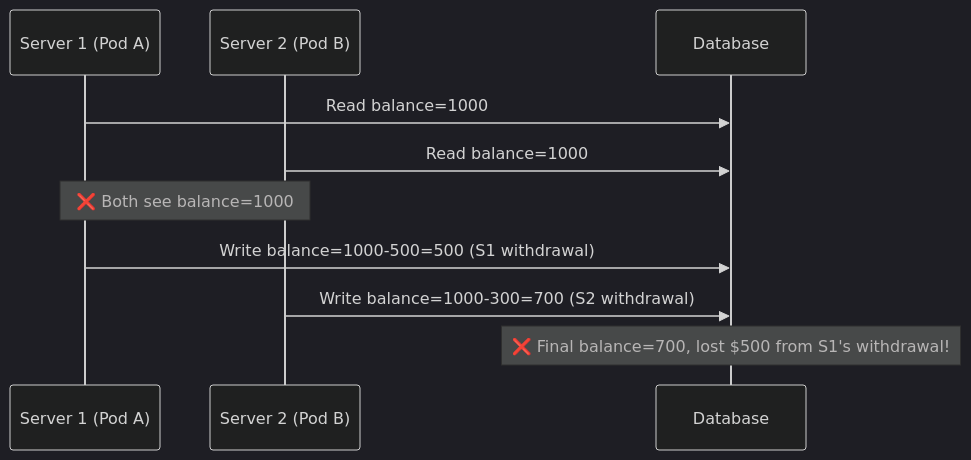
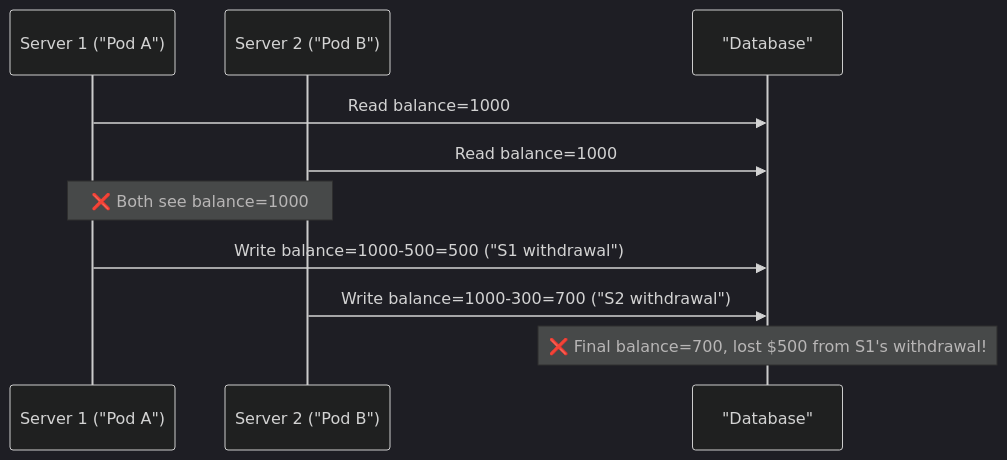
Before and after one commit to vesviet/vesviet: the first of 2 diagrams in content/series/system-design/06-distributed-locks-concurrency.md, drawn with Mermaid (dark theme). The commit also changed other lines of this file and 331 other files, not shown here.

````diff
--- a/content/series/system-design/06-distributed-locks-concurrency.md
+++ b/content/series/system-design/06-distributed-locks-concurrency.md
@@ -47,15 +50,15 @@
 ```mermaid
 sequenceDiagram
-    participant S1 as Server 1 (Pod A)
-    participant S2 as Server 2 (Pod B)
-    participant DB as Database
+    participant S1 as Server 1 ("Pod A")
+    participant S2 as Server 2 ("Pod B")
+    participant DB as "Database"
 
     S1->>DB: Read balance=1000
     S2->>DB: Read balance=1000
     Note over S1,S2: ❌ Both see balance=1000
 
-    S1->>DB: Write balance=1000-500=500 (S1 withdrawal)
-    S2->>DB: Write balance=1000-300=700 (S2 withdrawal)
+    S1->>DB: Write balance=1000-500=500 ("S1 withdrawal")
+    S2->>DB: Write balance=1000-300=700 ("S2 withdrawal")
 
     Note over DB: ❌ Final balance=700, lost $500 from S1's withdrawal!
 ```
````
